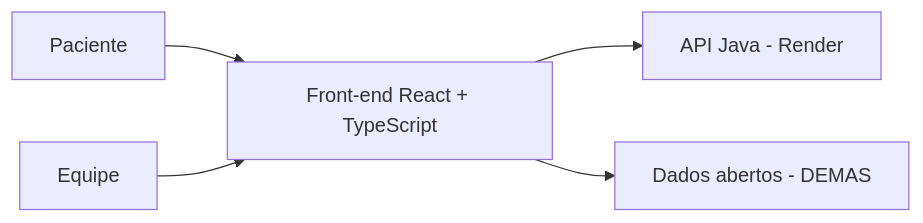
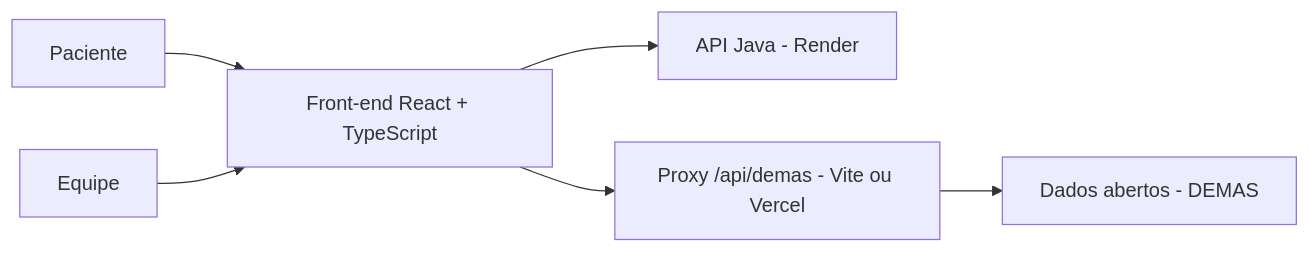
The second of 2 diagrams in README.md (EnzoNukui/consultaviva-front), drawn with Mermaid before and after one commit. The commit also changed other lines of this file and 6 other files, not shown here.

Commit message:
feat: arruma a api da demas e tambem a configuração do vite e react

````diff
--- a/README.md
+++ b/README.md
@@ -263,7 +263,8 @@
 ```mermaid
 flowchart LR
     P[Paciente] --> F[Front-end React + TypeScript]
     E[Equipe] --> F
     F --> J[API Java - Render]
-    F --> D[Dados abertos - DEMAS]
+    F --> PX[Proxy /api/demas - Vite ou Vercel]
+    PX --> D[Dados abertos - DEMAS]
 ```
````
